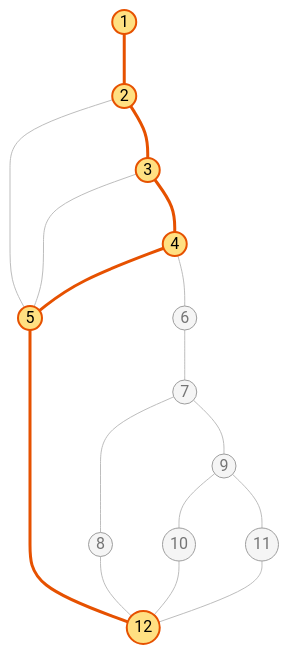
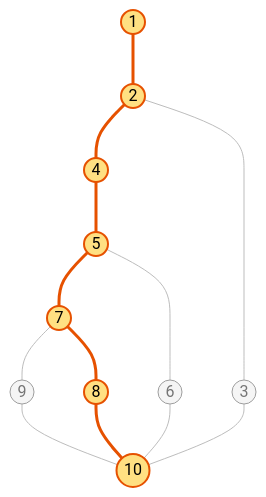
Before and after one commit to bloedige/itdb_ctf: the fourth of 5 diagrams in tests/docs/caja_blanca_05_acceso_evento_cerrado.md, drawn with Mermaid. The commit also changed other lines of this file and 47 other files, not shown here.

````diff
--- a/tests/docs/caja_blanca_05_acceso_evento_cerrado.md
+++ b/tests/docs/caja_blanca_05_acceso_evento_cerrado.md
@@ -155,24 +147,20 @@
 ```mermaid
 graph TD
     n1((1)) --- n2((2))
-    n2 --- n5((5))
-    n5 --- n12((12))
-    n2 --- n3((3))
-    n3 --- n5
-    n3 --- n4((4))
-    n4 --- n5
-    n4 --- n6((6))
-    n6 --- n7((7))
-    n7 --- n8((8))
-    n8 --- n12
+    n2 --- n4((4))
+    n4 --- n5((5))
+    n5 --- n7((7))
     n7 --- n9((9))
     n9 --- n10((10))
-    n10 --- n12
-    n9 --- n11((11))
-    n11 --- n12
+    n7 --- n8((8))
+    n8 --- n10
+    n5 --- n6((6))
+    n6 --- n10
+    n2 --- n3((3))
+    n3 --- n10
     classDef default fill:#f5f5f5,stroke:#9e9e9e,color:#757575
     classDef camino fill:#ffe082,stroke:#e65100,stroke-width:2px,color:#000
-    class n1,n2,n3,n4,n5,n12 camino
+    class n1,n2,n4,n5,n7,n8,n10 camino
     linkStyle default stroke:#bdbdbd,stroke-width:1px
-    linkStyle 0,3,5,6,2 stroke:#e65100,stroke-width:3px
+    linkStyle 0,1,2,3,6,7 stroke:#e65100,stroke-width:3px
 ```
````
